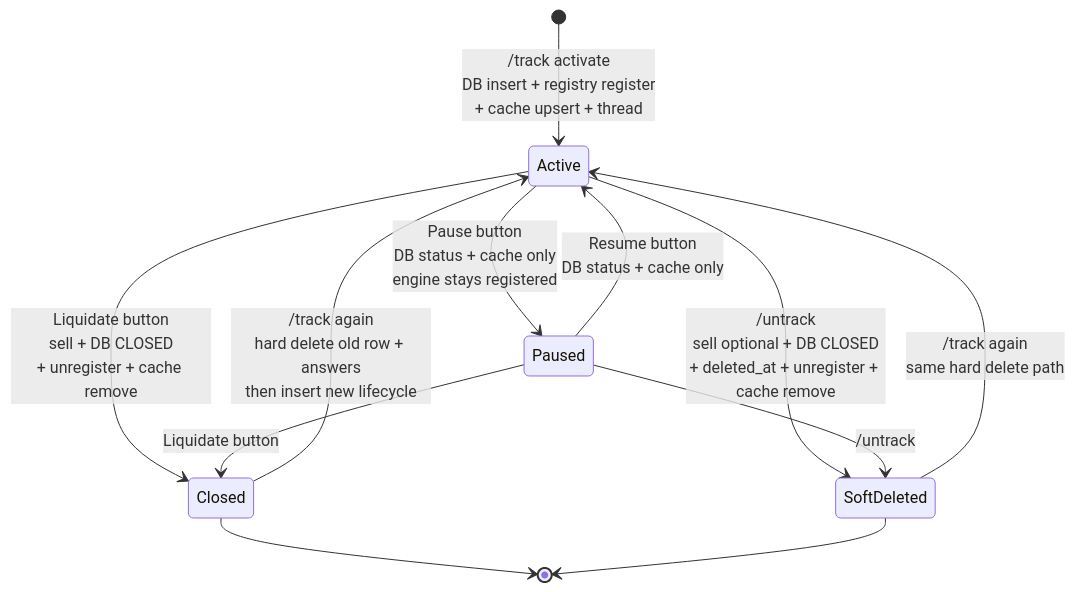
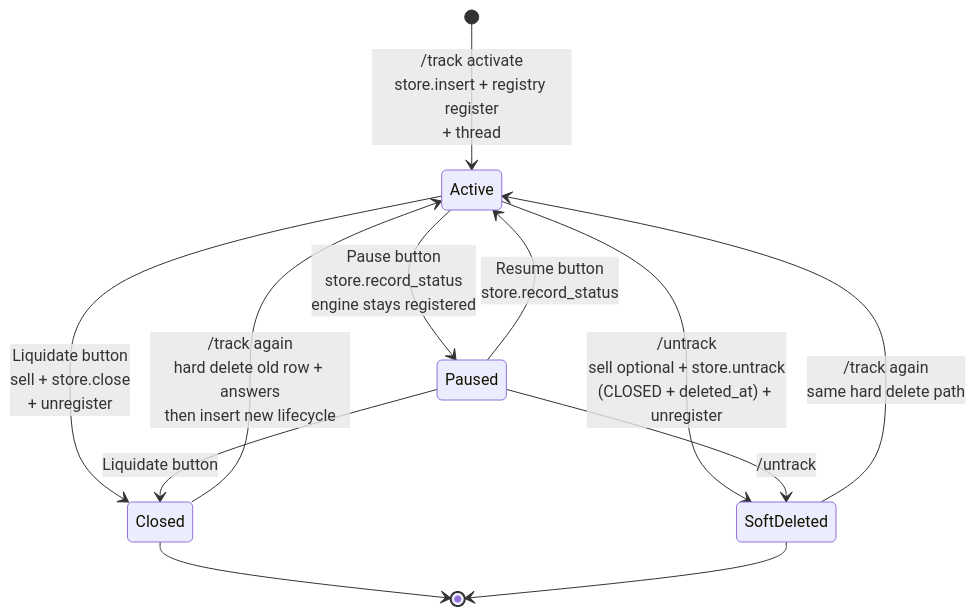
One commit to podikoglou/manif0ld changed the third of 7 diagrams in docs/ARCHITECTURE.md. Above: the diagram before and after it, drawn with Mermaid. The commit also changed other lines of this file and 1 other file, not shown here.

First line of the commit message:
docs: record market state ownership

````diff
--- a/docs/ARCHITECTURE.md
+++ b/docs/ARCHITECTURE.md
@@ -210,14 +237,14 @@
 ```mermaid
 stateDiagram-v2
-    [*] --> Active: /track activate<br/>DB insert + registry register<br/>+ cache upsert + thread
-    Active --> Paused: Pause button<br/>DB status + cache only<br/>engine stays registered
-    Paused --> Active: Resume button<br/>DB status + cache only
-    Active --> Closed: Liquidate button<br/>sell + DB CLOSED<br/>+ unregister + cache remove
+    [*] --> Active: /track activate<br/>store.insert + registry register<br/>+ thread
+    Active --> Paused: Pause button<br/>store.record_status<br/>engine stays registered
+    Paused --> Active: Resume button<br/>store.record_status
+    Active --> Closed: Liquidate button<br/>sell + store.close<br/>+ unregister
     Paused --> Closed: Liquidate button
-    Active --> SoftDeleted: /untrack<br/>sell optional + DB CLOSED<br/>+ deleted_at + unregister + cache remove
+    Active --> SoftDeleted: /untrack<br/>sell optional + store.untrack<br/>(CLOSED + deleted_at) + unregister
     Paused --> SoftDeleted: /untrack
     Closed --> Active: /track again<br/>hard delete old row + answers<br/>then insert new lifecycle
     SoftDeleted --> Active: /track again<br/>same hard delete path
     Closed --> [*]
     SoftDeleted --> [*]
 ```
````
